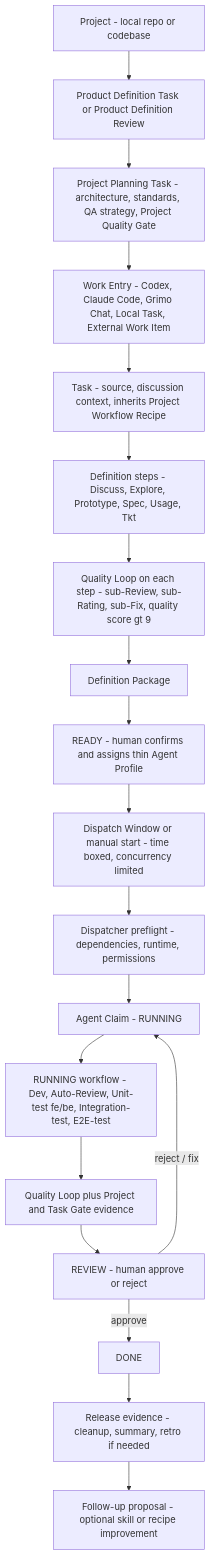
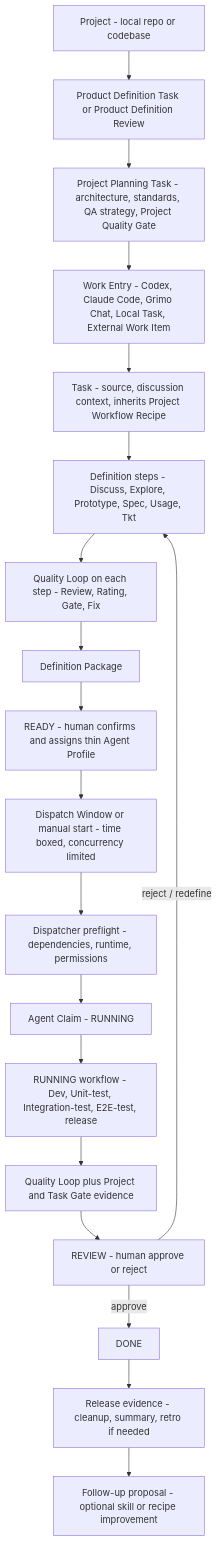
Before and after one commit to samzhu/grimoAPP: the seventh of 14 diagrams in docs/grimo/PRD.md, drawn with Mermaid. The commit also changed other lines of this file and 30 other files, not shown here.

````diff
--- a/docs/grimo/PRD.md
+++ b/docs/grimo/PRD.md
@@ -256,21 +257,21 @@
 ```mermaid
 graph TD
   Project["Project - local repo or codebase"] --> Direction["Product Definition Task or Product Definition Review"]
   Direction --> Planning["Project Planning Task - architecture, standards, QA strategy, Project Quality Gate"]
   Planning --> Entry["Work Entry - Codex, Claude Code, Grimo Chat, Local Task, External Work Item"]
   Entry --> Task["Task - source, discussion context, inherits Project Workflow Recipe"]
   Task --> Definition["Definition steps - Discuss, Explore, Prototype, Spec, Usage, Tkt"]
-  Definition --> DefQL["Quality Loop on each step - sub-Review, sub-Rating, sub-Fix, quality score gt 9"]
+  Definition --> DefQL["Quality Loop on each step - Review, Rating, Gate, Fix"]
   DefQL --> Package["Definition Package"]
   Package --> Ready["READY - human confirms and assigns thin Agent Profile"]
   Ready --> Dispatch["Dispatch Window or manual start - time boxed, concurrency limited"]
   Dispatch --> Claim["Dispatcher preflight - dependencies, runtime, permissions"]
   Claim --> Running["Agent Claim - RUNNING"]
-  Running --> Execution["RUNNING workflow - Dev, Auto-Review, Unit-test fe/be, Integration-test, E2E-test"]
+  Running --> Execution["RUNNING workflow - Dev, Unit-test, Integration-test, E2E-test, release"]
   Execution --> ExecQL["Quality Loop plus Project and Task Gate evidence"]
   ExecQL --> HumanReview["REVIEW - human approve or reject"]
   HumanReview -- "approve" --> Done["DONE"]
-  HumanReview -- "reject / fix" --> Running
+  HumanReview -- "reject / redefine" --> Definition
   Done --> ReleaseEvidence["Release evidence - cleanup, summary, retro if needed"]
   ReleaseEvidence --> Learning["Follow-up proposal - optional skill or recipe improvement"]
 ```
````
